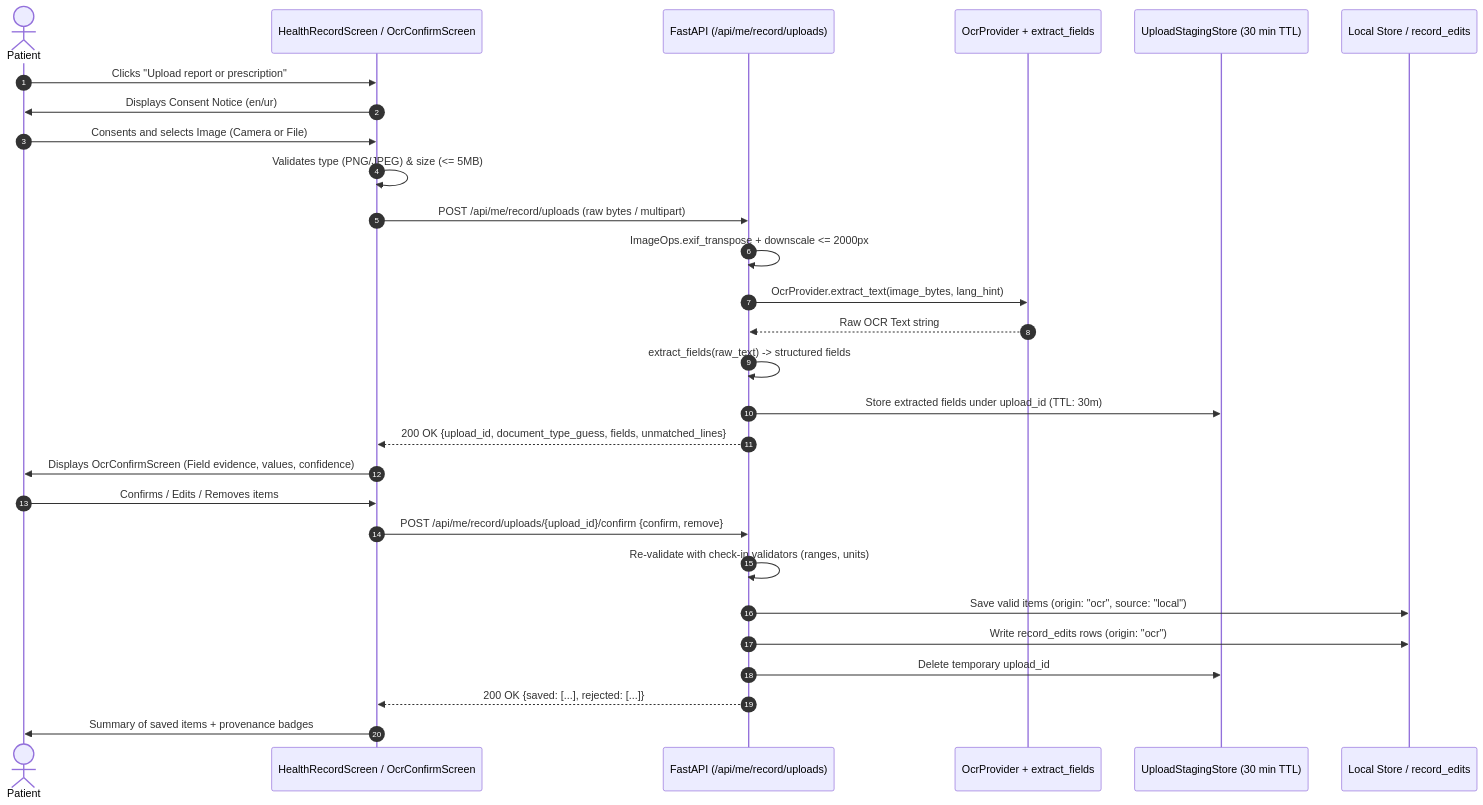
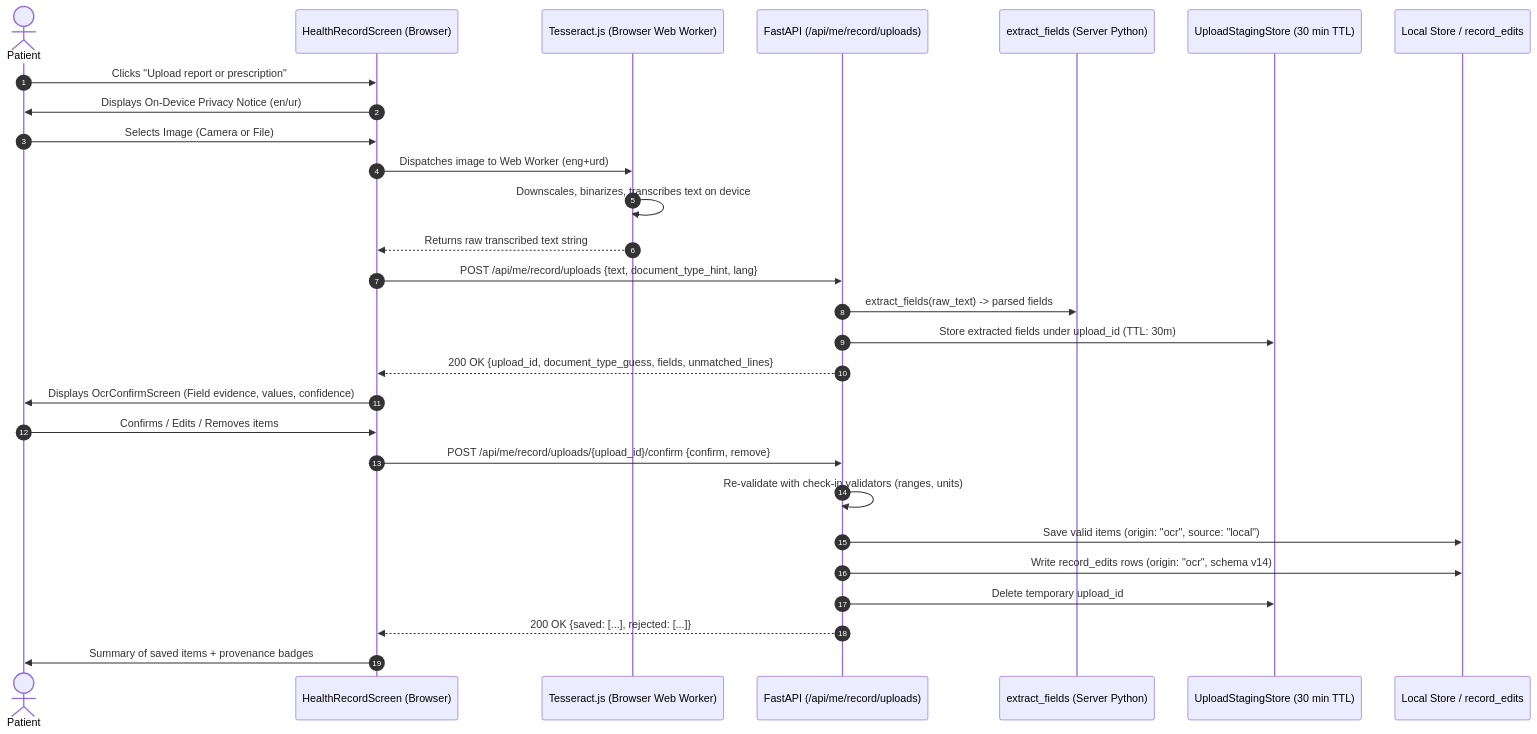
The diagram in docs/OCR_DESIGN.md (UsmanBari/ChronicCare-AI), drawn with Mermaid before and after one commit. The commit also changed other lines of this file and 17 other files, not shown here.

Commit message:
feat(ocr): measured benchmarks for 3 free options, schema v14 design, and handwritten test set

````diff
--- a/docs/OCR_DESIGN.md
+++ b/docs/OCR_DESIGN.md
@@ -42,31 +64,31 @@
 ```mermaid
 sequenceDiagram
     autonumber
     actor Patient
-    participant UI as HealthRecordScreen / OcrConfirmScreen
+    participant UI as HealthRecordScreen (Browser)
+    participant Worker as Tesseract.js (Browser Web Worker)
     participant API as FastAPI (/api/me/record/uploads)
-    participant Engine as OcrProvider + extract_fields
+    participant Engine as extract_fields (Server Python)
     participant Memory as UploadStagingStore (30 min TTL)
     participant Store as Local Store / record_edits
 
     Patient->>UI: Clicks "Upload report or prescription"
-    UI->>Patient: Displays Consent Notice (en/ur)
-    Patient->>UI: Consents and selects Image (Camera or File)
-    UI->>UI: Validates type (PNG/JPEG) & size (<= 5MB)
-    UI->>API: POST /api/me/record/uploads (raw bytes / multipart)
-    API->>API: ImageOps.exif_transpose + downscale <= 2000px
-    API->>Engine: OcrProvider.extract_text(image_bytes, lang_hint)
-    Engine-->>API: Raw OCR Text string
-    API->>API: extract_fields(raw_text) -> structured fields
+    UI->>Patient: Displays On-Device Privacy Notice (en/ur)
+    Patient->>UI: Selects Image (Camera or File)
+    UI->>Worker: Dispatches image to Web Worker (eng+urd)
+    Worker->>Worker: Downscales, binarizes, transcribes text on device
+    Worker-->>UI: Returns raw transcribed text string
+    UI->>API: POST /api/me/record/uploads {text, document_type_hint, lang}
+    API->>Engine: extract_fields(raw_text) -> parsed fields
     API->>Memory: Store extracted fields under upload_id (TTL: 30m)
     API-->>UI: 200 OK {upload_id, document_type_guess, fields, unmatched_lines}
     UI->>Patient: Displays OcrConfirmScreen (Field evidence, values, confidence)
     Patient->>UI: Confirms / Edits / Removes items
     UI->>API: POST /api/me/record/uploads/{upload_id}/confirm {confirm, remove}
     API->>API: Re-validate with check-in validators (ranges, units)
     API->>Store: Save valid items (origin: "ocr", source: "local")
-    API->>Store: Write record_edits rows (origin: "ocr")
+    API->>Store: Write record_edits rows (origin: "ocr", schema v14)
     API->>Memory: Delete temporary upload_id
     API-->>UI: 200 OK {saved: [...], rejected: [...]}
     UI->>Patient: Summary of saved items + provenance badges
 ```
````
